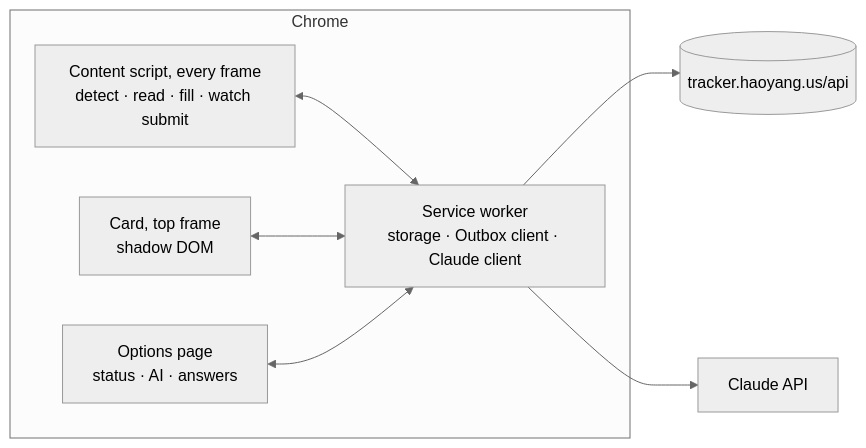
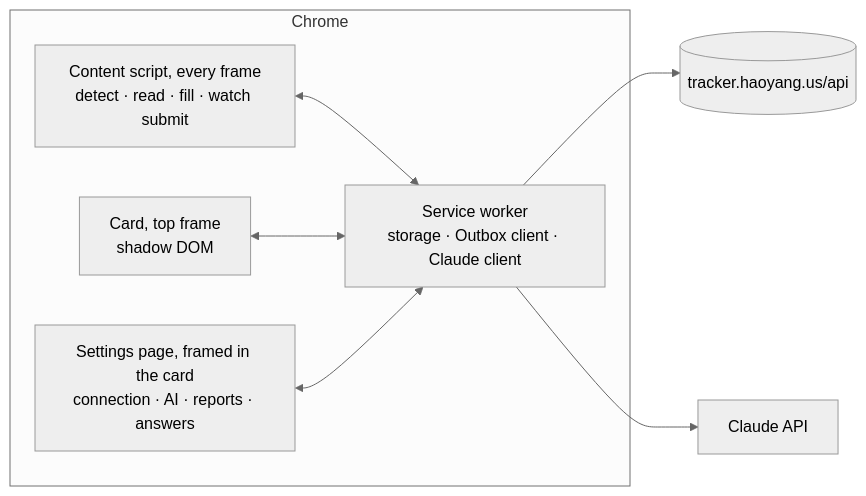
Before and after one commit to heyemlee/work-tracker: the diagram in docs/autofill.md, drawn with Mermaid (neutral theme). The commit also changed other lines of this file and 16 other files, not shown here.

First line of the commit message:
Show the settings in a window over the page

````diff
--- a/docs/autofill.md
+++ b/docs/autofill.md
@@ -59,16 +59,16 @@
 ```mermaid
 flowchart LR
   subgraph chrome["Chrome"]
     cs["Content script, every frame<br/>detect · read · fill · watch submit"]
     card["Card, top frame<br/>shadow DOM"]
     bg["Service worker<br/>storage · Outbox client · Claude client"]
-    opts["Options page<br/>status · AI · answers"]
+    opts["Settings page, framed in the card<br/>connection · AI · reports · answers"]
   end
   outbox[("tracker.haoyang.us/api")]
   claude["Claude API"]
   cs <--> bg
   card <--> bg
   opts <--> bg
   bg --> outbox
   bg --> claude
 ```
````
